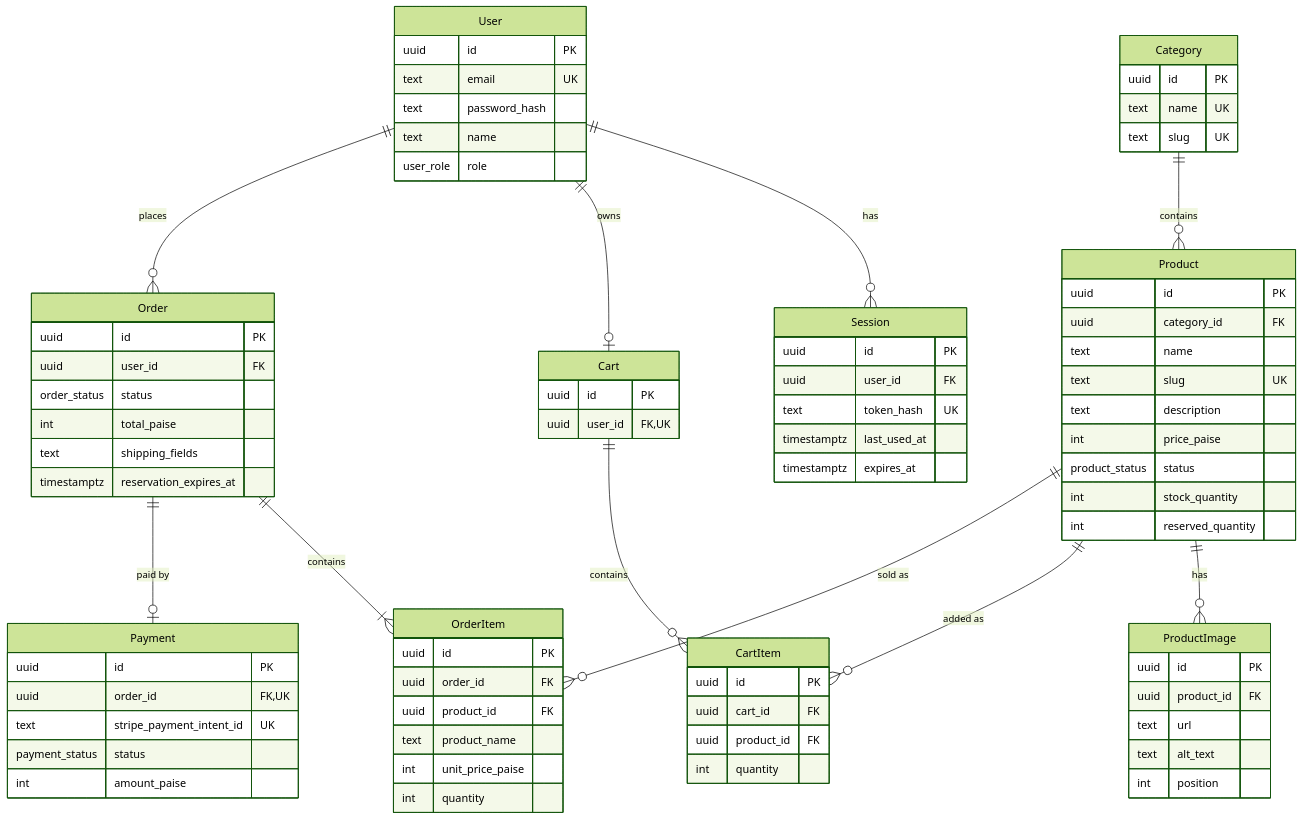
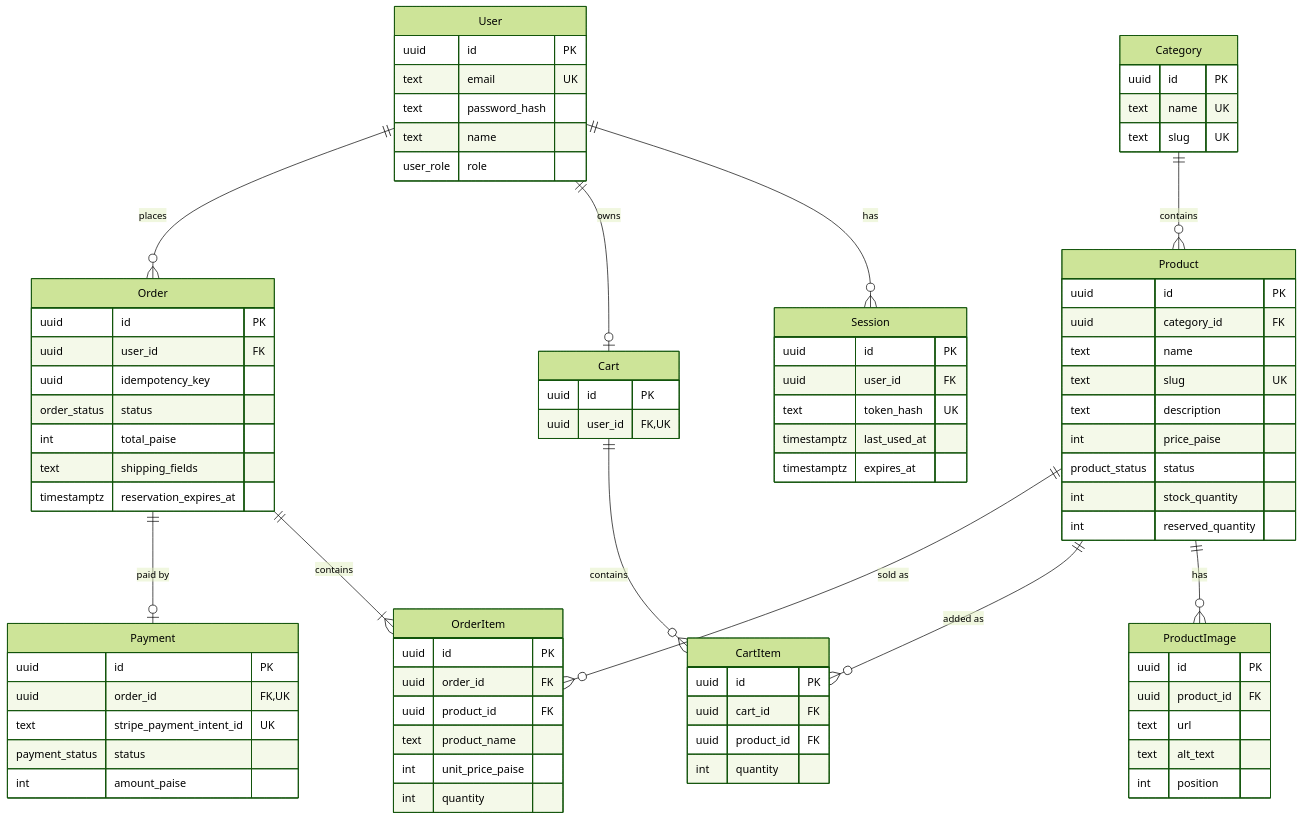
The diagram in docs/database.md (theritwik/CartForge), drawn with Mermaid (forest theme) before and after one commit. The commit also changed other lines of this file and 36 other files, not shown here.

```diff
--- a/docs/database.md
+++ b/docs/database.md
@@ -69,6 +69,7 @@
     Order {
         uuid id PK
         uuid user_id FK
+        uuid idempotency_key
         order_status status
         int total_paise
         text shipping_fields
```
